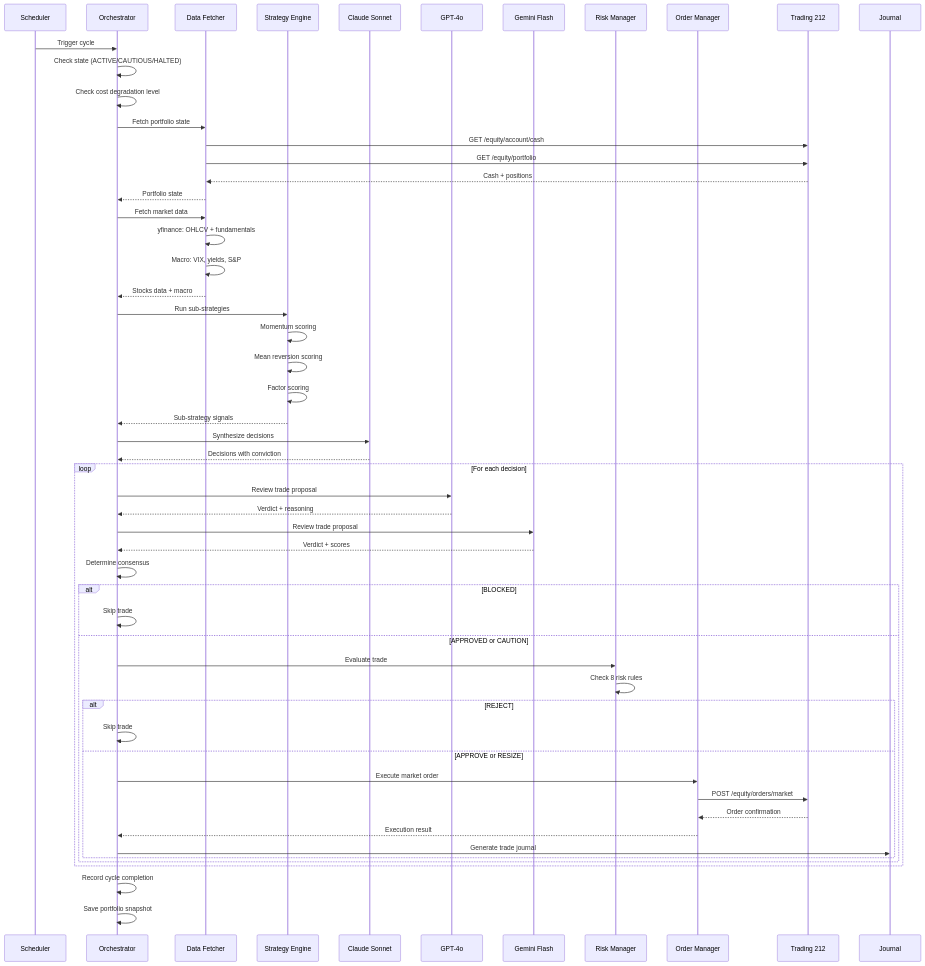
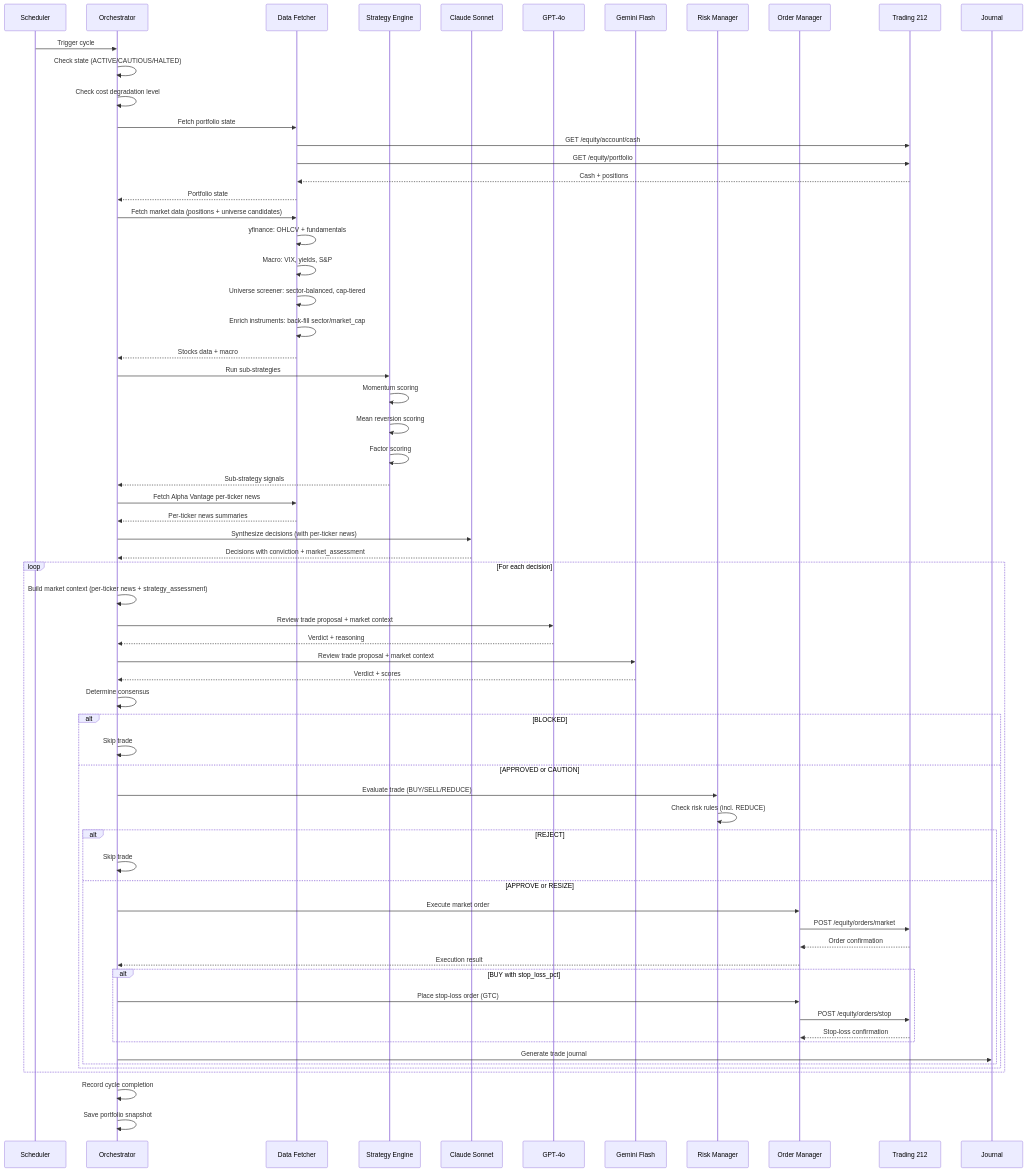
One commit to zenouz-ai/zeninvest changed the second of 5 diagrams in docs/ARCHITECTURE.md. Above: the diagram before and after it, drawn with Mermaid. The commit also changed other lines of this file and 3 other files, not shown here.

First line of the commit message:
docs: update README, ARCHITECTURE, GOVERNANCE, DATA_RATIONALE for pipeline changes

````diff
--- a/docs/ARCHITECTURE.md
+++ b/docs/ARCHITECTURE.md
@@ -297,65 +314,76 @@
 ```mermaid
 sequenceDiagram
     participant S as Scheduler
     participant O as Orchestrator
     participant D as Data Fetcher
     participant ST as Strategy Engine
     participant CL as Claude Sonnet
     participant GP as GPT-4o
     participant GE as Gemini Flash
     participant R as Risk Manager
     participant E as Order Manager
     participant T as Trading 212
     participant J as Journal
 
     S->>O: Trigger cycle
     O->>O: Check state (ACTIVE/CAUTIOUS/HALTED)
     O->>O: Check cost degradation level
 
     O->>D: Fetch portfolio state
     D->>T: GET /equity/account/cash
     D->>T: GET /equity/portfolio
     T-->>D: Cash + positions
     D-->>O: Portfolio state
 
-    O->>D: Fetch market data
+    O->>D: Fetch market data (positions + universe candidates)
     D->>D: yfinance: OHLCV + fundamentals
     D->>D: Macro: VIX, yields, S&P
+    D->>D: Universe screener: sector-balanced, cap-tiered
+    D->>D: Enrich instruments: back-fill sector/market_cap
     D-->>O: Stocks data + macro
 
     O->>ST: Run sub-strategies
     ST->>ST: Momentum scoring
     ST->>ST: Mean reversion scoring
     ST->>ST: Factor scoring
     ST-->>O: Sub-strategy signals
 
-    O->>CL: Synthesize decisions
-    CL-->>O: Decisions with conviction
+    O->>D: Fetch Alpha Vantage per-ticker news
+    D-->>O: Per-ticker news summaries
+
+    O->>CL: Synthesize decisions (with per-ticker news)
+    CL-->>O: Decisions with conviction + market_assessment
 
     loop For each decision
-        O->>GP: Review trade proposal
+        O->>O: Build market context (per-ticker news + strategy_assessment)
+        O->>GP: Review trade proposal + market context
         GP-->>O: Verdict + reasoning
-        O->>GE: Review trade proposal
+        O->>GE: Review trade proposal + market context
         GE-->>O: Verdict + scores
         O->>O: Determine consensus
 
         alt BLOCKED
             O->>O: Skip trade
         else APPROVED or CAUTION
-            O->>R: Evaluate trade
-            R->>R: Check 8 risk rules
+            O->>R: Evaluate trade (BUY/SELL/REDUCE)
+            R->>R: Check risk rules (incl. REDUCE)
             alt REJECT
                 O->>O: Skip trade
             else APPROVE or RESIZE
                 O->>E: Execute market order
                 E->>T: POST /equity/orders/market
                 T-->>E: Order confirmation
                 E-->>O: Execution result
+                alt BUY with stop_loss_pct
+                    O->>E: Place stop-loss order (GTC)
+                    E->>T: POST /equity/orders/stop
+                    T-->>E: Stop-loss confirmation
+                end
                 O->>J: Generate trade journal
             end
         end
     end
 
     O->>O: Record cycle completion
     O->>O: Save portfolio snapshot
 ```
````
